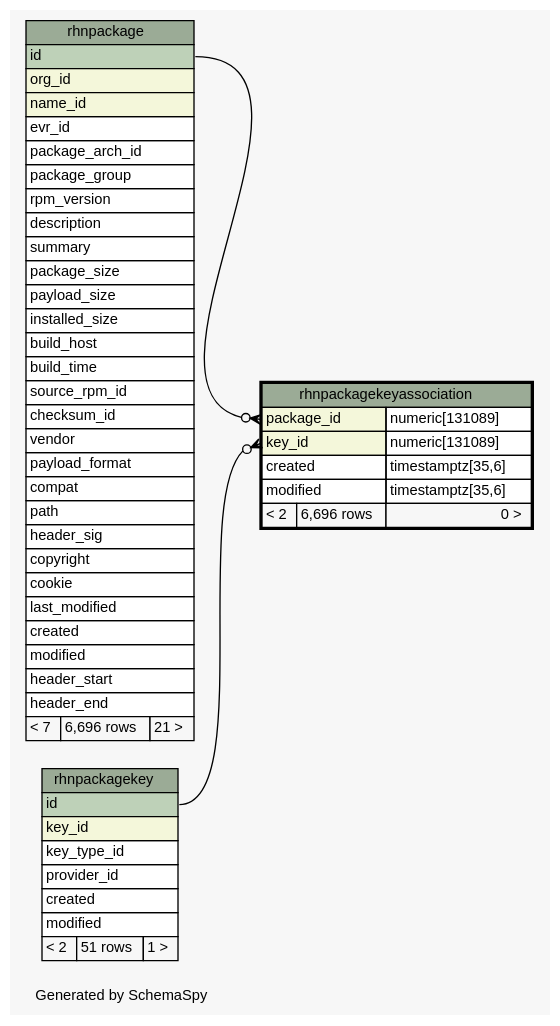
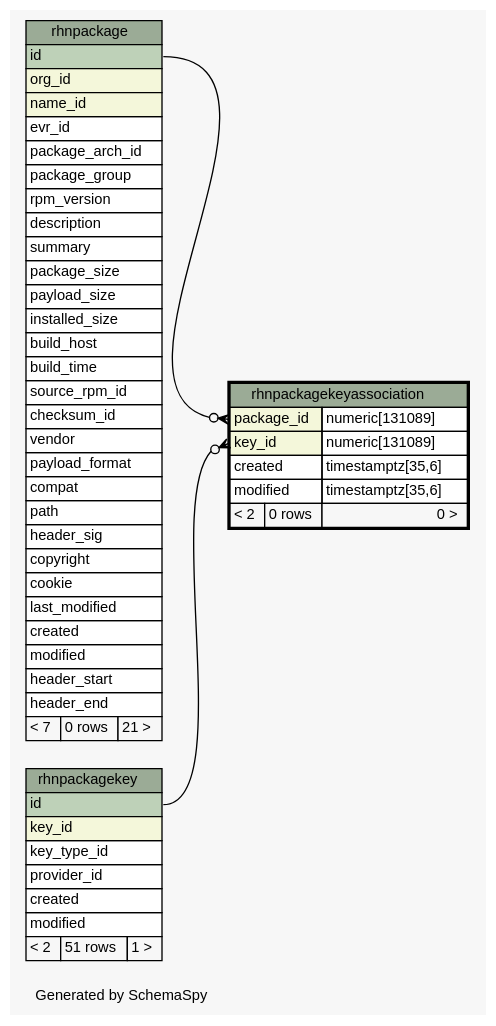
One commit to spacewalkproject/spacewalkproject.github.io changed the diagram in documentation/schema-doc/diagrams/rhnpackagekeyassociation.1degree.dot. Above: the diagram before and after it, drawn with Graphviz. The commit also changed 1495 other files, not shown here.

Commit message:
Updating Schema documentation for 2.7

```diff
--- a/documentation/schema-doc/diagrams/rhnpackagekeyassociation.1degree.dot
+++ b/documentation/schema-doc/diagrams/rhnpackagekeyassociation.1degree.dot
@@ -1,89 +1,89 @@
-// dot 2.26.0 on Linux 2.6.32-504.el6.x86_64
+// dot 2.26.0 on Linux 2.6.32-696.6.3.el6.x86_64
 // SchemaSpy rev 590
 digraph "oneDegreeRelationshipsDiagram" {
   graph [
     rankdir="RL"
     bgcolor="#f7f7f7"
     label="\nGenerated by SchemaSpy"
     labeljust="l"
     nodesep="0.18"
     ranksep="0.46"
     fontname="Helvetica"
     fontsize="11"
   ];
   node [
     fontname="Helvetica"
     fontsize="11"
     shape="plaintext"
   ];
   edge [
     arrowsize="0.8"
   ];
   "rhnpackagekeyassociation":"key_id":w -> "rhnpackagekey":"id":e [arrowhead=none dir=back arrowtail=crowodot];
   "rhnpackagekeyassociation":"package_id":w -> "rhnpackage":"id":e [arrowhead=none dir=back arrowtail=crowodot];
   "rhnpackage" [
     label=<
     <TABLE BORDER="0" CELLBORDER="1" CELLSPACING="0" BGCOLOR="#ffffff">
       <TR><TD COLSPAN="3" BGCOLOR="#9bab96" ALIGN="CENTER">rhnpackage</TD></TR>
       <TR><TD PORT="id" COLSPAN="3" BGCOLOR="#bed1b8" ALIGN="LEFT">id</TD></TR>
       <TR><TD PORT="org_id" COLSPAN="3" BGCOLOR="#f4f7da" ALIGN="LEFT">org_id</TD></TR>
       <TR><TD PORT="name_id" COLSPAN="3" BGCOLOR="#f4f7da" ALIGN="LEFT">name_id</TD></TR>
       <TR><TD PORT="evr_id" COLSPAN="3" ALIGN="LEFT">evr_id</TD></TR>
       <TR><TD PORT="package_arch_id" COLSPAN="3" ALIGN="LEFT">package_arch_id</TD></TR>
       <TR><TD PORT="package_group" COLSPAN="3" ALIGN="LEFT">package_group</TD></TR>
       <TR><TD PORT="rpm_version" COLSPAN="3" ALIGN="LEFT">rpm_version</TD></TR>
       <TR><TD PORT="description" COLSPAN="3" ALIGN="LEFT">description</TD></TR>
       <TR><TD PORT="summary" COLSPAN="3" ALIGN="LEFT">summary</TD></TR>
       <TR><TD PORT="package_size" COLSPAN="3" ALIGN="LEFT">package_size</TD></TR>
       <TR><TD PORT="payload_size" COLSPAN="3" ALIGN="LEFT">payload_size</TD></TR>
       <TR><TD PORT="installed_size" COLSPAN="3" ALIGN="LEFT">installed_size</TD></TR>
       <TR><TD PORT="build_host" COLSPAN="3" ALIGN="LEFT">build_host</TD></TR>
       <TR><TD PORT="build_time" COLSPAN="3" ALIGN="LEFT">build_time</TD></TR>
       <TR><TD PORT="source_rpm_id" COLSPAN="3" ALIGN="LEFT">source_rpm_id</TD></TR>
       <TR><TD PORT="checksum_id" COLSPAN="3" ALIGN="LEFT">checksum_id</TD></TR>
       <TR><TD PORT="vendor" COLSPAN="3" ALIGN="LEFT">vendor</TD></TR>
       <TR><TD PORT="payload_format" COLSPAN="3" ALIGN="LEFT">payload_format</TD></TR>
       <TR><TD PORT="compat" COLSPAN="3" ALIGN="LEFT">compat</TD></TR>
       <TR><TD PORT="path" COLSPAN="3" ALIGN="LEFT">path</TD></TR>
       <TR><TD PORT="header_sig" COLSPAN="3" ALIGN="LEFT">header_sig</TD></TR>
       <TR><TD PORT="copyright" COLSPAN="3" ALIGN="LEFT">copyright</TD></TR>
       <TR><TD PORT="cookie" COLSPAN="3" ALIGN="LEFT">cookie</TD></TR>
       <TR><TD PORT="last_modified" COLSPAN="3" ALIGN="LEFT">last_modified</TD></TR>
       <TR><TD PORT="created" COLSPAN="3" ALIGN="LEFT">created</TD></TR>
       <TR><TD PORT="modified" COLSPAN="3" ALIGN="LEFT">modified</TD></TR>
       <TR><TD PORT="header_start" COLSPAN="3" ALIGN="LEFT">header_start</TD></TR>
       <TR><TD PORT="header_end" COLSPAN="3" ALIGN="LEFT">header_end</TD></TR>
-      <TR><TD ALIGN="LEFT" BGCOLOR="#f7f7f7">&lt; 7</TD><TD ALIGN="RIGHT" BGCOLOR="#f7f7f7">6,696 rows</TD><TD ALIGN="RIGHT" BGCOLOR="#f7f7f7">21 &gt;</TD></TR>
+      <TR><TD ALIGN="LEFT" BGCOLOR="#f7f7f7">&lt; 7</TD><TD ALIGN="RIGHT" BGCOLOR="#f7f7f7">0 rows</TD><TD ALIGN="RIGHT" BGCOLOR="#f7f7f7">21 &gt;</TD></TR>
     </TABLE>>
     URL="rhnpackage.html"
     tooltip="rhnpackage"
   ];
   "rhnpackagekey" [
     label=<
     <TABLE BORDER="0" CELLBORDER="1" CELLSPACING="0" BGCOLOR="#ffffff">
       <TR><TD COLSPAN="3" BGCOLOR="#9bab96" ALIGN="CENTER">rhnpackagekey</TD></TR>
       <TR><TD PORT="id" COLSPAN="3" BGCOLOR="#bed1b8" ALIGN="LEFT">id</TD></TR>
       <TR><TD PORT="key_id" COLSPAN="3" BGCOLOR="#f4f7da" ALIGN="LEFT">key_id</TD></TR>
       <TR><TD PORT="key_type_id" COLSPAN="3" ALIGN="LEFT">key_type_id</TD></TR>
       <TR><TD PORT="provider_id" COLSPAN="3" ALIGN="LEFT">provider_id</TD></TR>
       <TR><TD PORT="created" COLSPAN="3" ALIGN="LEFT">created</TD></TR>
       <TR><TD PORT="modified" COLSPAN="3" ALIGN="LEFT">modified</TD></TR>
       <TR><TD ALIGN="LEFT" BGCOLOR="#f7f7f7">&lt; 2</TD><TD ALIGN="RIGHT" BGCOLOR="#f7f7f7">51 rows</TD><TD ALIGN="RIGHT" BGCOLOR="#f7f7f7">1 &gt;</TD></TR>
     </TABLE>>
     URL="rhnpackagekey.html"
     tooltip="rhnpackagekey"
   ];
   "rhnpackagekeyassociation" [
     label=<
     <TABLE BORDER="2" CELLBORDER="1" CELLSPACING="0" BGCOLOR="#ffffff">
       <TR><TD COLSPAN="3" BGCOLOR="#9bab96" ALIGN="CENTER">rhnpackagekeyassociation</TD></TR>
       <TR><TD PORT="package_id" COLSPAN="2" BGCOLOR="#f4f7da" ALIGN="LEFT">package_id</TD><TD PORT="package_id.type" ALIGN="LEFT">numeric[131089]</TD></TR>
       <TR><TD PORT="key_id" COLSPAN="2" BGCOLOR="#f4f7da" ALIGN="LEFT">key_id</TD><TD PORT="key_id.type" ALIGN="LEFT">numeric[131089]</TD></TR>
       <TR><TD PORT="created" COLSPAN="2" ALIGN="LEFT">created</TD><TD PORT="created.type" ALIGN="LEFT">timestamptz[35,6]</TD></TR>
       <TR><TD PORT="modified" COLSPAN="2" ALIGN="LEFT">modified</TD><TD PORT="modified.type" ALIGN="LEFT">timestamptz[35,6]</TD></TR>
-      <TR><TD ALIGN="LEFT" BGCOLOR="#f7f7f7">&lt; 2</TD><TD ALIGN="RIGHT" BGCOLOR="#f7f7f7">6,696 rows</TD><TD ALIGN="RIGHT" BGCOLOR="#f7f7f7">0 &gt;</TD></TR>
+      <TR><TD ALIGN="LEFT" BGCOLOR="#f7f7f7">&lt; 2</TD><TD ALIGN="RIGHT" BGCOLOR="#f7f7f7">0 rows</TD><TD ALIGN="RIGHT" BGCOLOR="#f7f7f7">0 &gt;</TD></TR>
     </TABLE>>
     URL="rhnpackagekeyassociation.html"
     tooltip="rhnpackagekeyassociation"
   ];
 }
```
